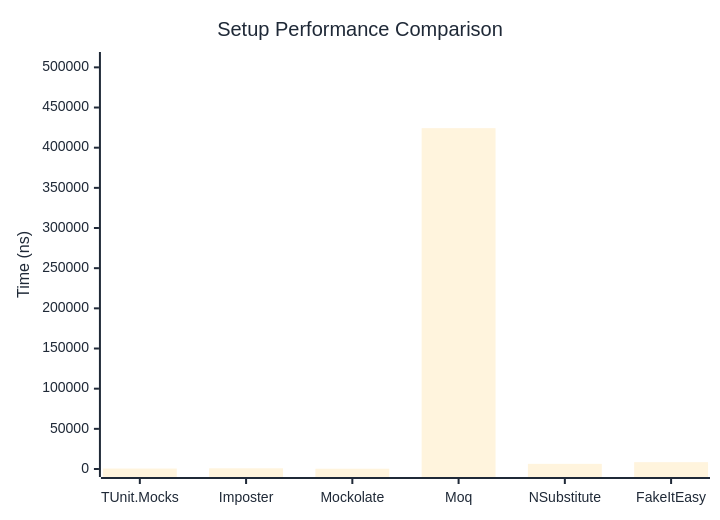
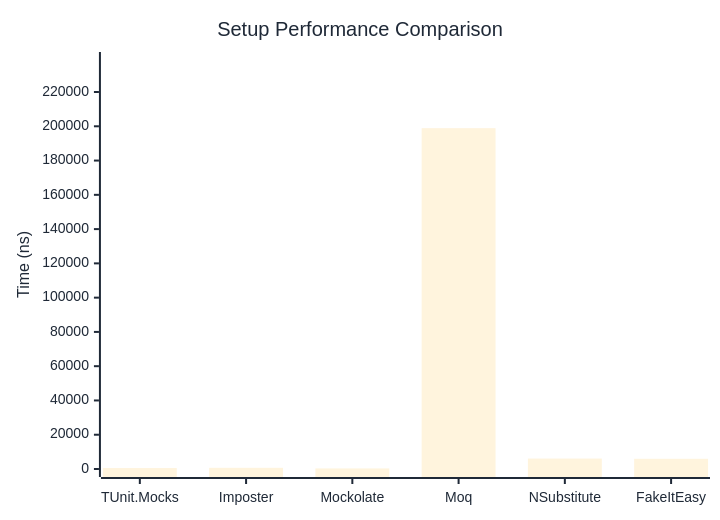
The first of 2 diagrams in docs/docs/benchmarks/mocks/Setup.md (thomhurst/TUnit), drawn with Mermaid before and after one commit. The commit also changed other lines of this file and 14 other files, not shown here.

````diff
--- a/docs/docs/benchmarks/mocks/Setup.md
+++ b/docs/docs/benchmarks/mocks/Setup.md
@@ -30,27 +30,27 @@
 ```mermaid
 %%{init: {
   'theme':'base',
   'themeVariables': {
     'primaryColor': '#2563eb',
     'primaryTextColor': '#1f2937',
     'primaryBorderColor': '#1e40af',
     'lineColor': '#6b7280',
     'secondaryColor': '#7c3aed',
     'tertiaryColor': '#dc2626',
     'background': '#ffffff',
     'pie1': '#2563eb',
     'pie2': '#7c3aed',
     'pie3': '#dc2626',
     'pie4': '#f59e0b',
     'pie5': '#10b981',
     'pie6': '#06b6d4',
     'pie7': '#ec4899',
     'pie8': '#6366f1'
   }
 }}%%
 xychart-beta
   title "Setup Performance Comparison"
   x-axis ["TUnit.Mocks", "Imposter", "Mockolate", "Moq", "NSubstitute", "FakeItEasy"]
-  y-axis "Time (ns)" 0 --> 509163
-  bar [556.1, 876, 331, 424302, 6397.8, 8518]
+  y-axis "Time (ns)" 0 --> 238687
+  bar [556.1, 691.4, 332.1, 198905.2, 6086.9, 5964.1]
 ```
````
